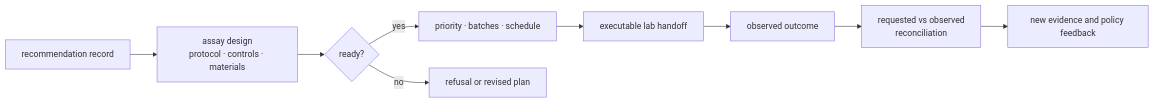
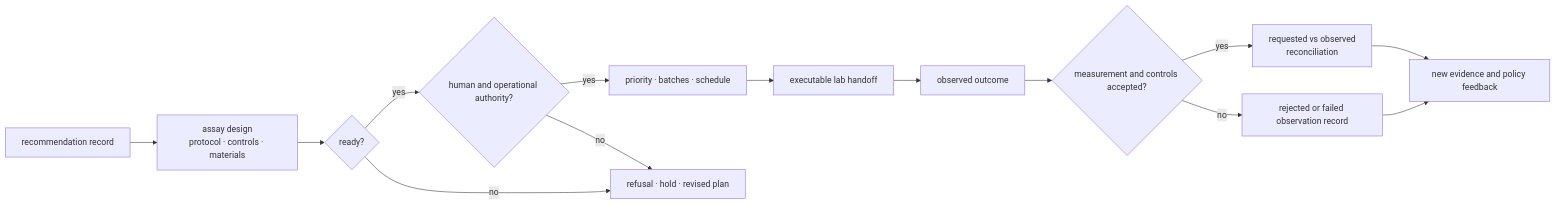
The first of 6 diagrams in docs/07-bijux-proteomics-lab/index.md (bijux/bijux-proteomics), drawn with Mermaid before and after one commit. The commit also changed other lines of this file and 1 other file, not shown here.

Commit message:
docs(execution): distinguish operational proof from consequence authority

````diff
--- a/docs/07-bijux-proteomics-lab/index.md
+++ b/docs/07-bijux-proteomics-lab/index.md
@@ -23,16 +23,23 @@
 ```mermaid
 flowchart LR
     recommendation["recommendation record"]
     design["assay design\nprotocol · controls · materials"]
     readiness{"ready?"}
+    authorize{"human and operational authority?"}
     queue["priority · batches · schedule"]
     handoff["executable lab handoff"]
     observation["observed outcome"]
+    acceptance{"measurement and controls accepted?"}
     reconcile["requested vs observed\nreconciliation"]
     feedback["new evidence and policy feedback"]
-    refusal["refusal or revised plan"]
+    refusal["refusal · hold · revised plan"]
+    rejected["rejected or failed observation record"]
 
     recommendation --> design --> readiness
-    readiness -->|yes| queue --> handoff --> observation --> reconcile --> feedback
+    readiness -->|yes| authorize
     readiness -->|no| refusal
+    authorize -->|yes| queue --> handoff --> observation --> acceptance
+    authorize -->|no| refusal
+    acceptance -->|yes| reconcile --> feedback
+    acceptance -->|no| rejected --> feedback
 ```
````
